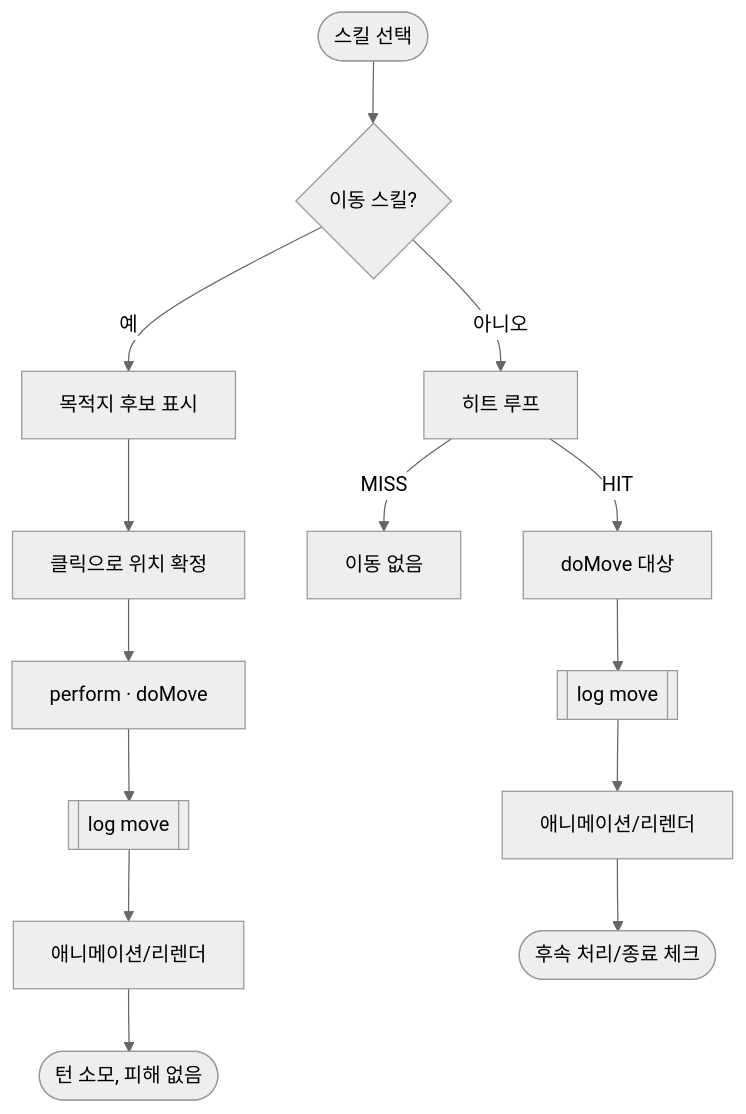
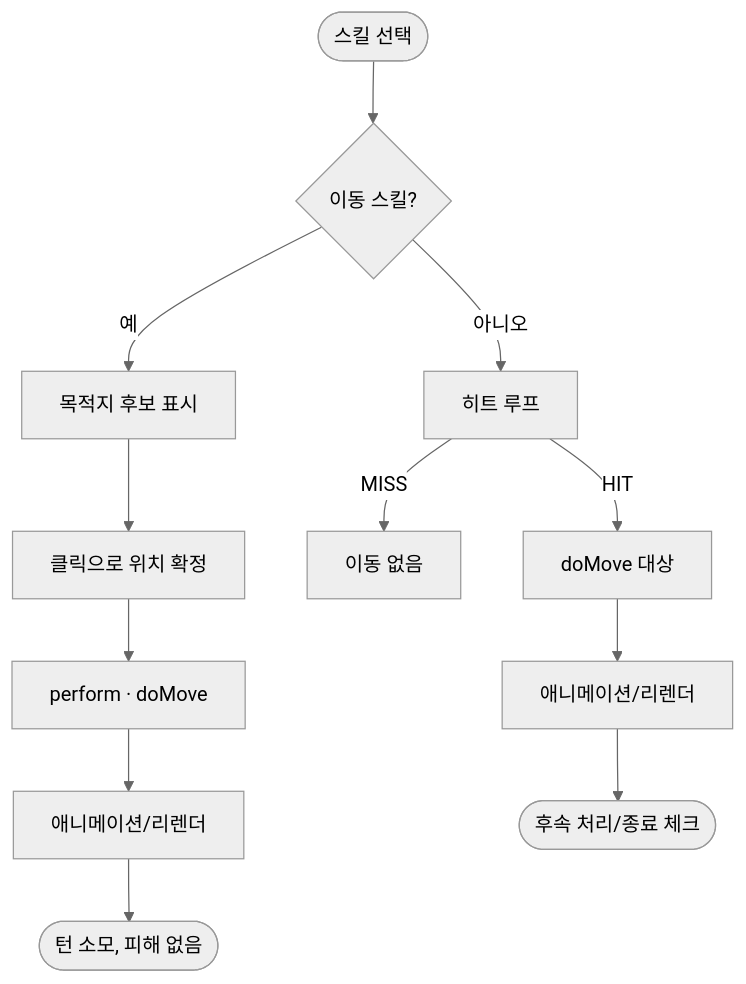
The diagram in GDD/시스템/[SYS] 타일 이동 시스템.md (korea58371/DarkTunRPG_Web), drawn with Mermaid (neutral theme) before and after one commit. The commit also changed 17 other files, not shown here.

````diff
--- a/GDD/시스템/[SYS] 타일 이동 시스템.md
+++ b/GDD/시스템/[SYS] 타일 이동 시스템.md
@@ -24,18 +24,16 @@
 ```mermaid
 flowchart TD
   Start([스킬 선택]) --> IsMove{이동 스킬?}
 
   IsMove -- 예 --> Active[목적지 후보 표시]
   Active --> Click[클릭으로 위치 확정]
   Click --> DoMoveActor[perform · doMove]
-  DoMoveActor --> Log1[[log move]]
-  Log1 --> Anim1[애니메이션/리렌더]
+  DoMoveActor --> Anim1[애니메이션/리렌더]
   Anim1 --> End1([턴 소모, 피해 없음])
 
   IsMove -- 아니오 --> HitLoop[히트 루프]
   HitLoop -->|MISS| NoMove[이동 없음]
   HitLoop -->|HIT| DoMoveTarget[doMove 대상]
-  DoMoveTarget --> Log2[[log move]]
-  Log2 --> Anim2[애니메이션/리렌더]
+  DoMoveTarget --> Anim2[애니메이션/리렌더]
   Anim2 --> Next([후속 처리/종료 체크])
 ```
````
